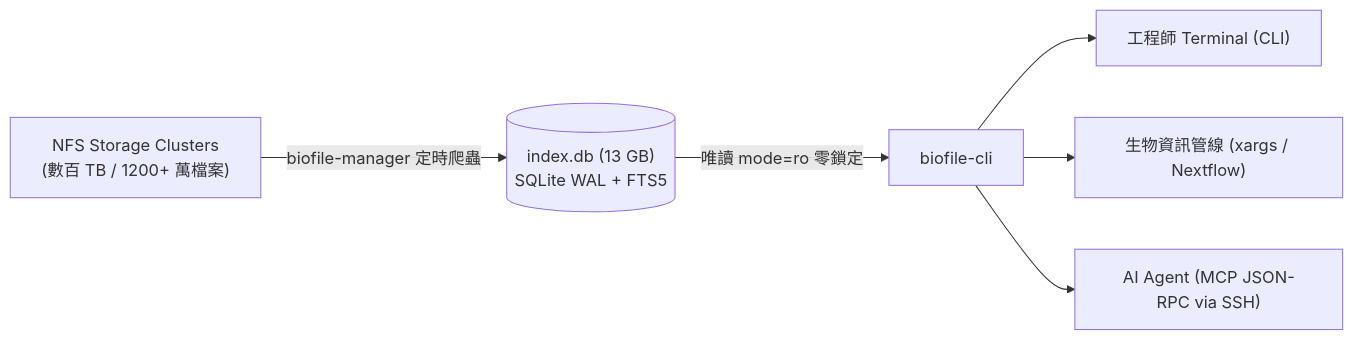
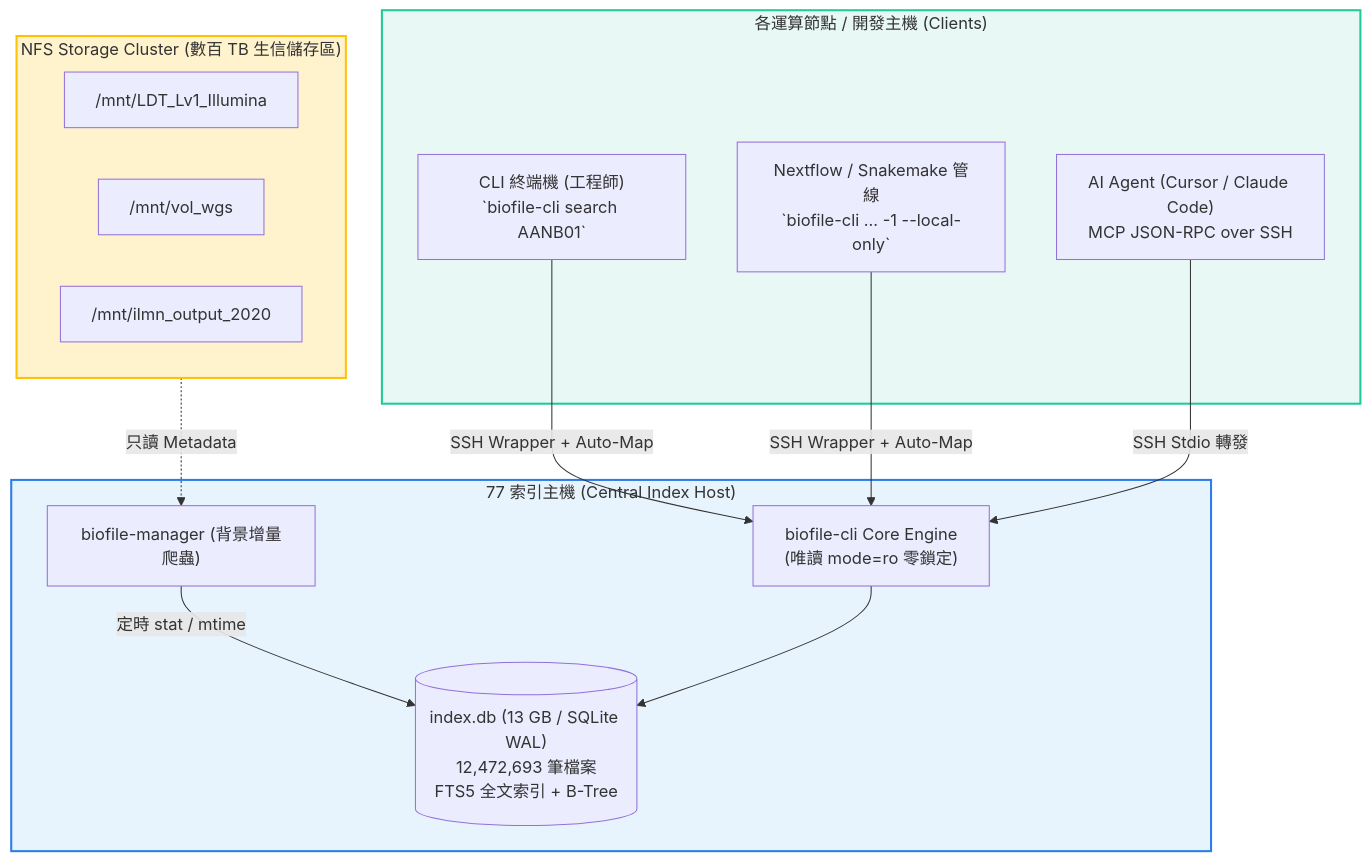
The diagram in README.md (ACTGenomics/biofile-cli), drawn with Mermaid before and after one commit. The commit also changed other lines of this file, not shown here.

````diff
--- a/README.md
+++ b/README.md
@@ -13,8 +25,37 @@
 ```mermaid
-flowchart LR
-    A["NFS Storage Clusters\n(數百 TB / 1200+ 萬檔案)"] -->|biofile-manager 定時爬蟲| B[("index.db (13 GB)\nSQLite WAL + FTS5")]
-    B -->|唯讀 mode=ro 零鎖定| C["biofile-cli"]
-    C --> D["工程師 Terminal (CLI)"]
-    C --> E["生物資訊管線 (xargs / Nextflow)"]
-    C --> F["AI Agent (MCP JSON-RPC via SSH)"]
+flowchart TD
+    subgraph Storage ["NFS Storage Cluster (數百 TB 生信儲存區)"]
+        NFS1["/mnt/LDT_Lv1_Illumina"]
+        NFS2["/mnt/vol_wgs"]
+        NFS3["/mnt/ilmn_output_2020"]
+    end
+
+    subgraph Host77 ["77 索引主機 (Central Index Host)"]
+        BM["biofile-manager (背景增量爬蟲)"] -->|定時 stat / mtime| DB[("index.db (13 GB / SQLite WAL)
+12,472,693 筆檔案
+FTS5 全文索引 + B-Tree")]
+        Engine["biofile-cli Core Engine
+(唯讀 mode=ro 零鎖定)"] --> DB
+    end
+
+    subgraph Clients ["各運算節點 / 開發主機 (Clients)"]
+        CLI["CLI 終端機 (工程師)
+`biofile-cli search AANB01`"]
+        NF["Nextflow / Snakemake 管線
+`biofile-cli ... -1 --local-only`"]
+        Agent["AI Agent (Cursor / Claude Code)
+MCP JSON-RPC over SSH"]
+    end
+
+    Storage -.->|只讀 Metadata| BM
+    CLI -->|SSH Wrapper + Auto-Map| Engine
+    NF -->|SSH Wrapper + Auto-Map| Engine
+    Agent -->|SSH Stdio 轉發| Engine
+
+    classDef host fill:#e8f4fd,stroke:#2b7de9,stroke-width:2px;
+    classDef storage fill:#fff3cd,stroke:#ffc107,stroke-width:2px;
+    classDef client fill:#e8f8f5,stroke:#20c997,stroke-width:2px;
+    class Host77 host;
+    class Storage storage;
+    class Clients client;
 ```
````
